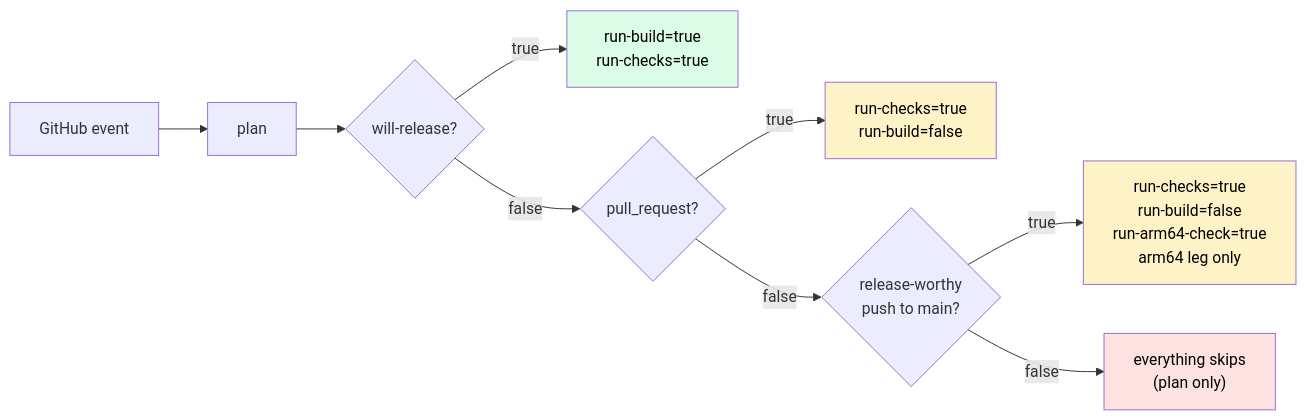
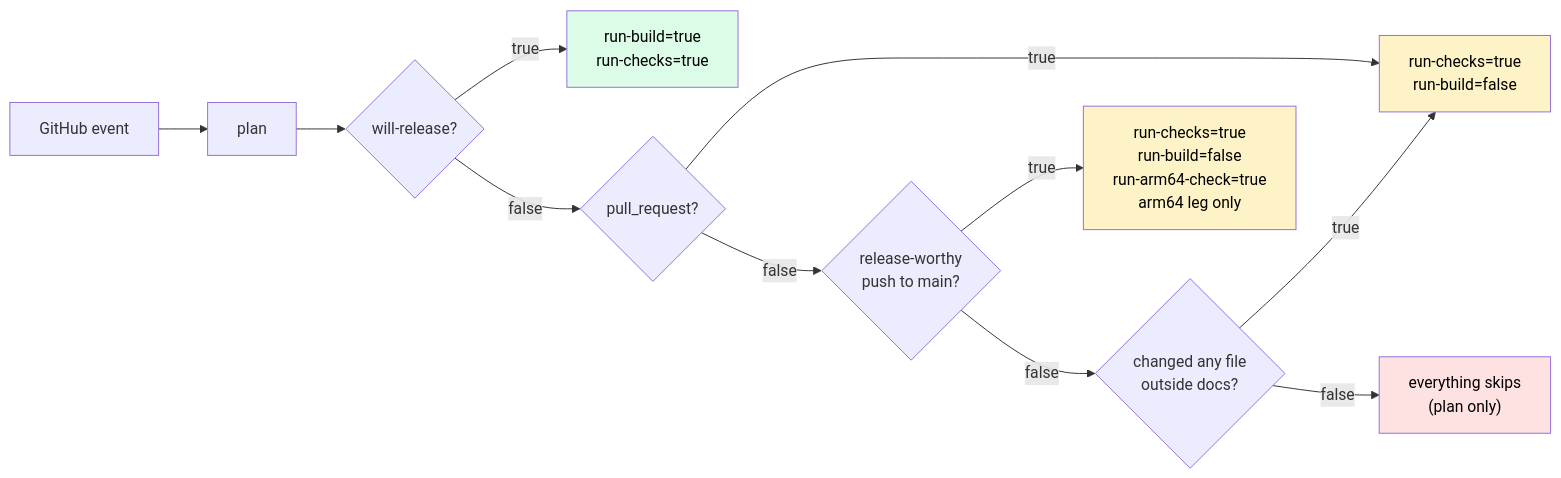
One commit to hyperi-io/hyperi-ci changed the diagram in docs/ci-job-contract.md. Above: the diagram before and after it, drawn with Mermaid. The commit also changed other lines of this file and 17 other files, not shown here.

````diff
--- a/docs/ci-job-contract.md
+++ b/docs/ci-job-contract.md
@@ -77,15 +91,17 @@
 ```mermaid
 flowchart LR
     E["GitHub event"] --> P["plan"]
     P --> WP{will-release?}
     WP -->|true| RB["run-build=true<br/>run-checks=true"]
     WP -->|false| PR{pull_request?}
     PR -->|true| RC["run-checks=true<br/>run-build=false"]
     PR -->|false| RW{release-worthy<br/>push to main?}
     RW -->|true| RCA["run-checks=true<br/>run-build=false<br/>run-arm64-check=true<br/>arm64 leg only"]
-    RW -->|false| SK["everything skips<br/>(plan only)"]
+    RW -->|false| CC{changed any file<br/>outside docs?}
+    CC -->|true| RC
+    CC -->|false| SK["everything skips<br/>(plan only)"]
     style RB fill:#dcfce7,color:#000
     style RC fill:#fef3c7,color:#000
     style RCA fill:#fef3c7,color:#000
     style SK fill:#fee2e2,color:#000
 ```
````
